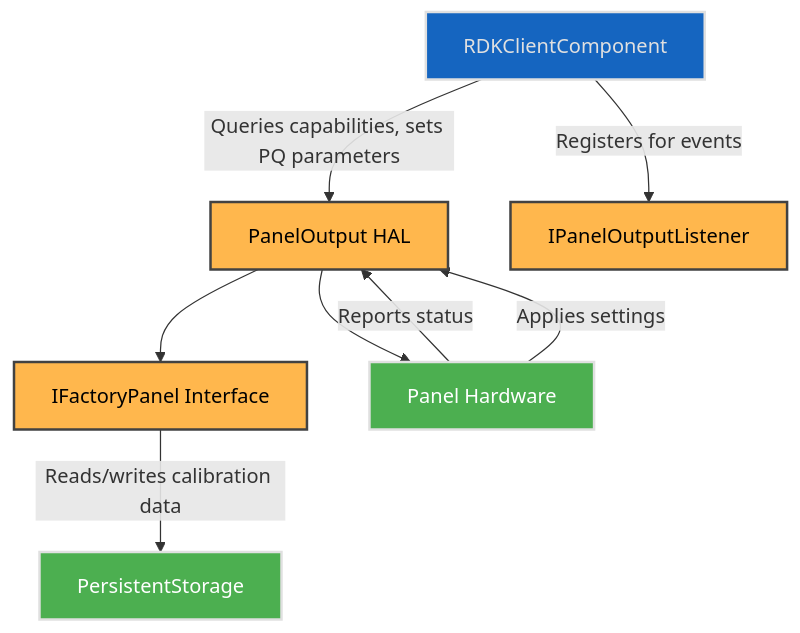
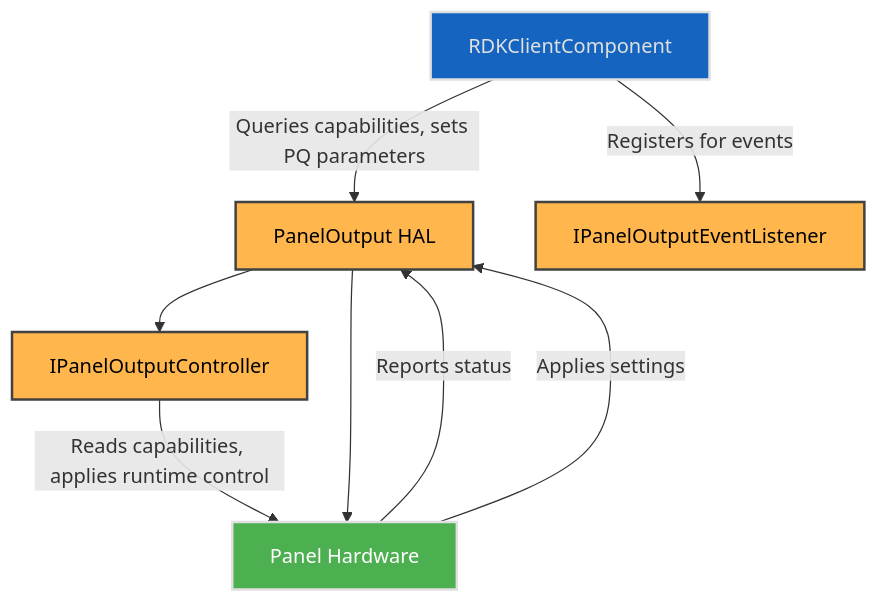
The diagram in panel/current/docs/panel.md (rdkcentral/rdk-halif-aidl), drawn with Mermaid before and after one commit. The commit also changed other lines of this file and 5 other files, not shown here.

First line of the commit message:
gh #516  feat(panel): align singleton controller API and docs

````diff
--- a/panel/current/docs/panel.md
+++ b/panel/current/docs/panel.md
@@ -105,25 +104,24 @@
 ```mermaid
 flowchart TD
   RDKClientComponent -->|Queries capabilities, sets PQ parameters| PanelOutput[PanelOutput HAL]
-  RDKClientComponent -->|Registers for events| Listener[IPanelOutputListener]
-  PanelOutput --> Factory[IFactoryPanel Interface]
-  Factory -->|Reads/writes calibration data| PersistentStorage
+  RDKClientComponent -->|Registers for events| Listener[IPanelOutputEventListener]
+  PanelOutput --> Controller[IPanelOutputController]
+  Controller -->|Reads capabilities, applies runtime control| Hardware
   PanelOutput --> Hardware[Panel Hardware]
   Hardware -->|Reports status| PanelOutput
   Hardware -->|Applies settings| PanelOutput
 
   classDef background fill:#121212,stroke:none,color:#E0E0E0;
   classDef blue fill:#1565C0,stroke:#E0E0E0,stroke-width:2px,color:#E0E0E0;
   classDef lightGrey fill:#616161,stroke:#E0E0E0,stroke-width:2px,color:#FFFFFF;
   classDef wheat fill:#FFB74D,stroke:#424242,stroke-width:2px,color:#000000;
   classDef green fill:#4CAF50,stroke:#E0E0E0,stroke-width:2px,color:#FFFFFF;
   classDef default fill:#1E1E1E,stroke:#E0E0E0,stroke-width:1px,color:#E0E0E0;
 
   RDKClientComponent:::blue
   PanelOutput:::wheat
   Listener:::wheat
-  Factory:::wheat
+  Controller:::wheat
   Hardware:::green
-  PersistentStorage:::green
 
 ```
````
